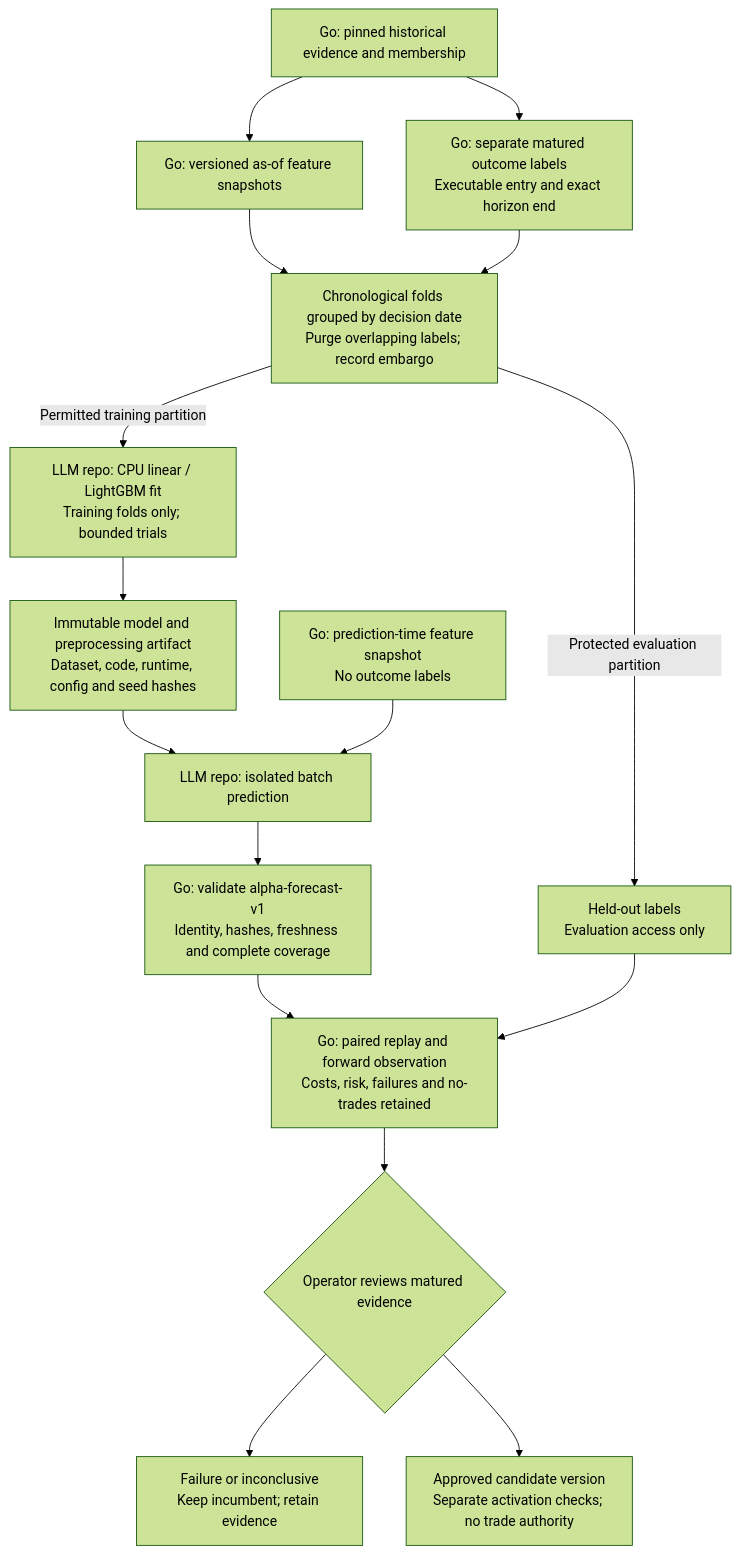
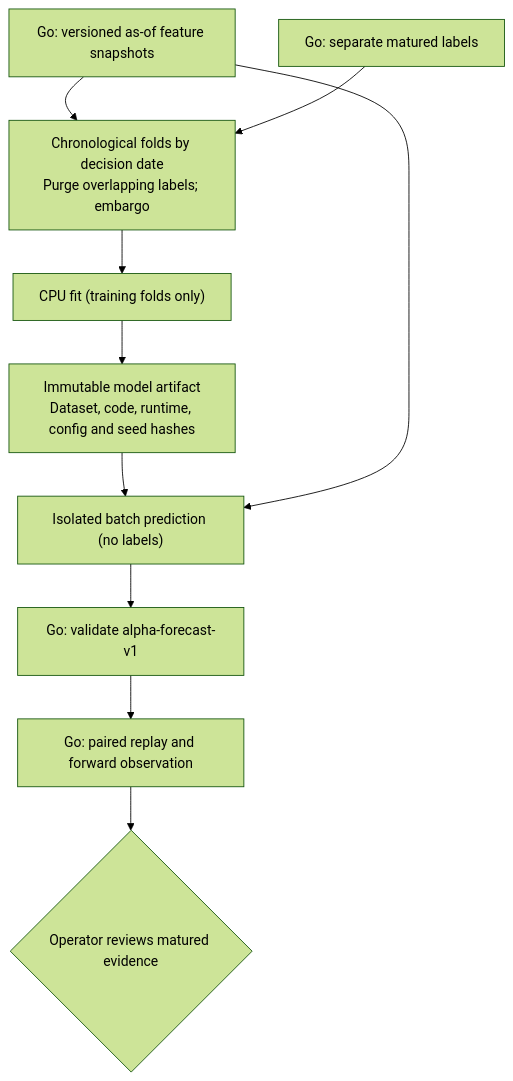
One commit to ragabi-ops/ai-treader-llm changed the second of 2 diagrams in architecture.md. Above: the diagram before and after it, drawn with Mermaid (forest theme). The commit also changed other lines of this file and 34 other files, not shown here.

First line of the commit message:
clean02: retire GPU inference stack; CPU-only numeric jobs

````diff
--- a/architecture.md
+++ b/architecture.md
@@ -153,27 +78,16 @@
 ```mermaid
 flowchart TD
-    Historical["Go: pinned historical evidence and membership"]
     Features["Go: versioned as-of feature snapshots"]
-    Labels["Go: separate matured outcome labels<br/>Executable entry and exact horizon end"]
-    Split["Chronological folds grouped by decision date<br/>Purge overlapping labels; record embargo"]
-    Fit["LLM repo: CPU linear / LightGBM fit<br/>Training folds only; bounded trials"]
-    Artifact["Immutable model and preprocessing artifact<br/>Dataset, code, runtime, config and seed hashes"]
-    NewFeatures["Go: prediction-time feature snapshot<br/>No outcome labels"]
-    Predict["LLM repo: isolated batch prediction"]
-    Import["Go: validate alpha-forecast-v1<br/>Identity, hashes, freshness and complete coverage"]
-    Evaluate["Go: paired replay and forward observation<br/>Costs, risk, failures and no-trades retained"]
-    Heldout["Held-out labels<br/>Evaluation access only"]
+    Labels["Go: separate matured labels"]
+    Split["Chronological folds by decision date<br/>Purge overlapping labels; embargo"]
+    Fit["CPU fit (training folds only)"]
+    Artifact["Immutable model artifact<br/>Dataset, code, runtime, config and seed hashes"]
+    Predict["Isolated batch prediction (no labels)"]
+    Import["Go: validate alpha-forecast-v1"]
+    Evaluate["Go: paired replay and forward observation"]
     Decision{"Operator reviews matured evidence"}
-    Keep["Failure or inconclusive<br/>Keep incumbent; retain evidence"]
-    Candidate["Approved candidate version<br/>Separate activation checks; no trade authority"]
 
-    Historical --> Features --> Split
-    Historical --> Labels --> Split
-    Split -->|Permitted training partition| Fit --> Artifact
-    Split -->|Protected evaluation partition| Heldout
-    Artifact --> Predict
-    NewFeatures --> Predict --> Import --> Evaluate
-    Heldout --> Evaluate --> Decision
-    Decision --> Keep
-    Decision --> Candidate
+    Features --> Split
+    Labels --> Split --> Fit --> Artifact --> Predict
+    Features --> Predict --> Import --> Evaluate --> Decision
 ```
````
